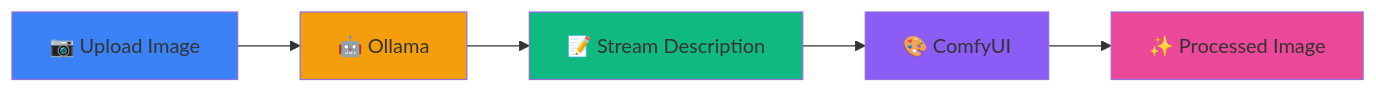
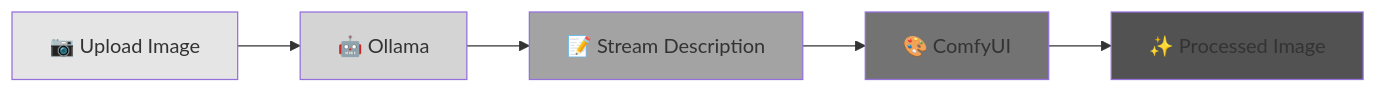
One commit to johnnaumann/anthroposcenic_001 changed the first of 4 diagrams in README.md. Above: the diagram before and after it, drawn with Mermaid. The commit also changed other lines of this file and 6 other files, not shown here.

````diff
--- a/README.md
+++ b/README.md
@@ -7,13 +7,13 @@
 ```mermaid
 flowchart LR
     A[📷 Upload Image] --> B[🤖 Ollama]
     B --> C[📝 Stream Description]
     C --> D[🎨 ComfyUI]
     D --> E[✨ Processed Image]
     
-    style A fill:#3b82f6
-    style B fill:#f59e0b
-    style C fill:#10b981
-    style D fill:#8b5cf6
-    style E fill:#ec4899
+    style A fill:#e5e5e5
+    style B fill:#d4d4d4
+    style C fill:#a3a3a3
+    style D fill:#737373
+    style E fill:#525252
 ```
````
